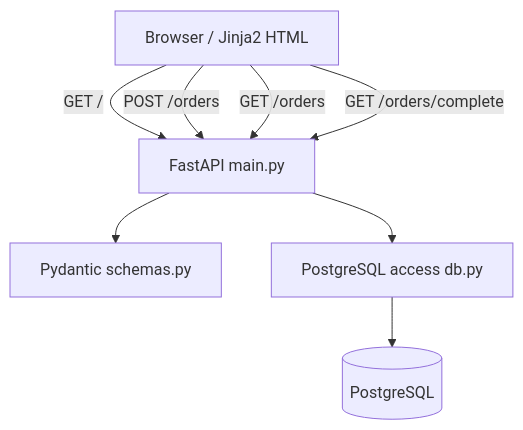
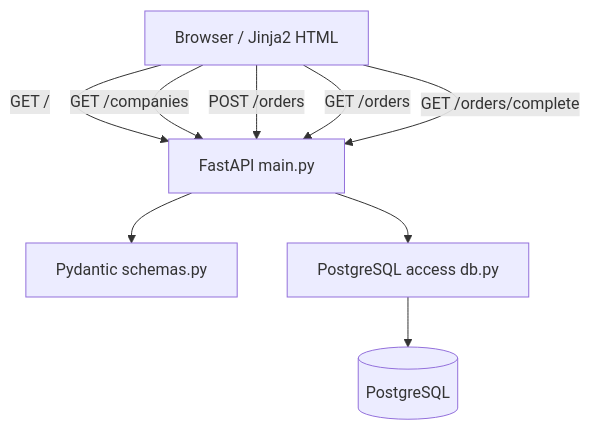
Before and after one commit to gyakusu/fastapi-postgres-demo: the eighth of 9 diagrams in README.md, drawn with Mermaid. The commit also changed other lines of this file and 7 other files, not shown here.

````diff
--- a/README.md
+++ b/README.md
@@ -650,17 +736,18 @@
 ```mermaid
 flowchart TD
     UI[Browser / Jinja2 HTML]
     API[FastAPI main.py]
     MODEL[Pydantic schemas.py]
     DBLAYER[PostgreSQL access db.py]
     DB[(PostgreSQL)]
 
     UI -->|GET /| API
+    UI -->|GET /companies| API
     UI -->|POST /orders| API
     UI -->|GET /orders| API
     UI -->|GET /orders/complete| API
 
     API --> MODEL
     API --> DBLAYER
     DBLAYER --> DB
 ```
````
